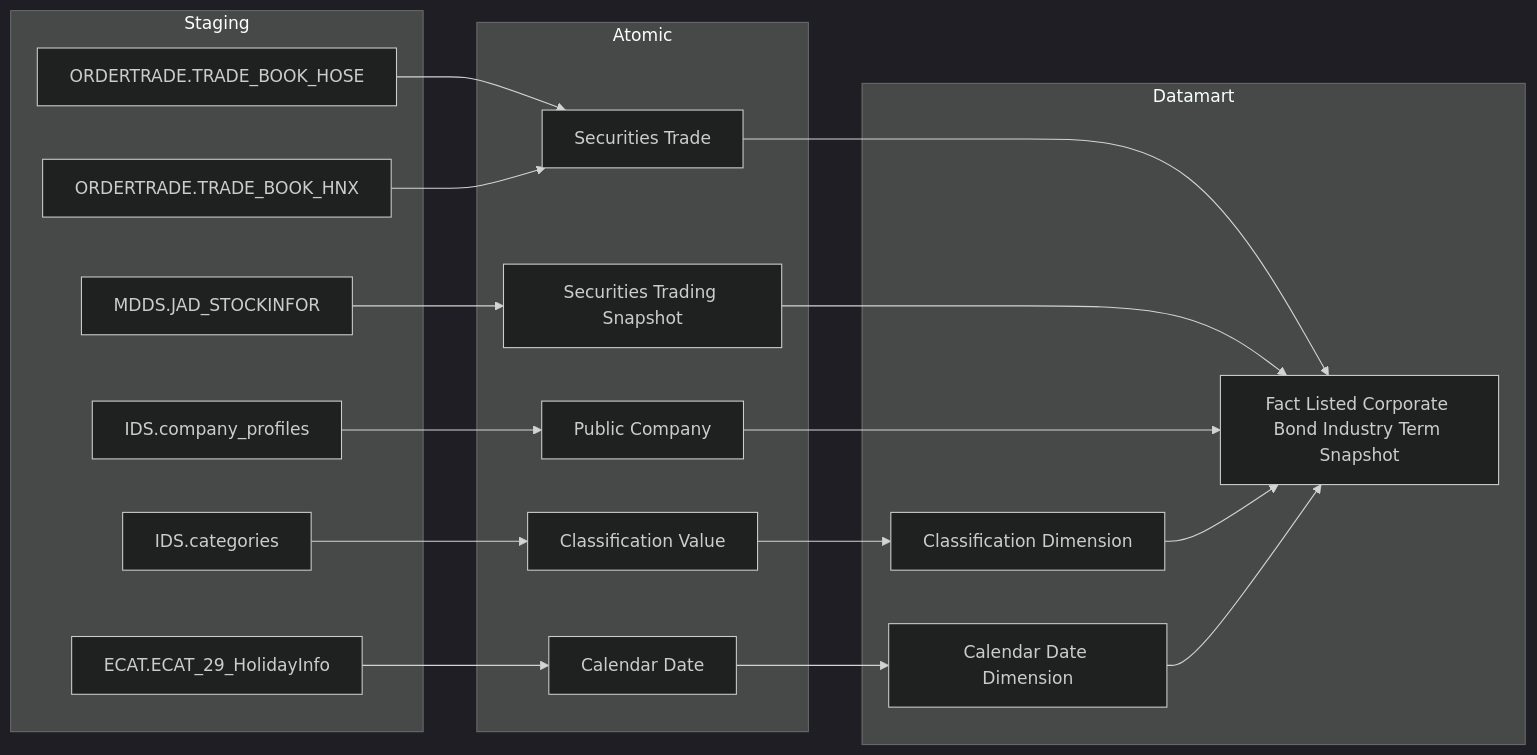
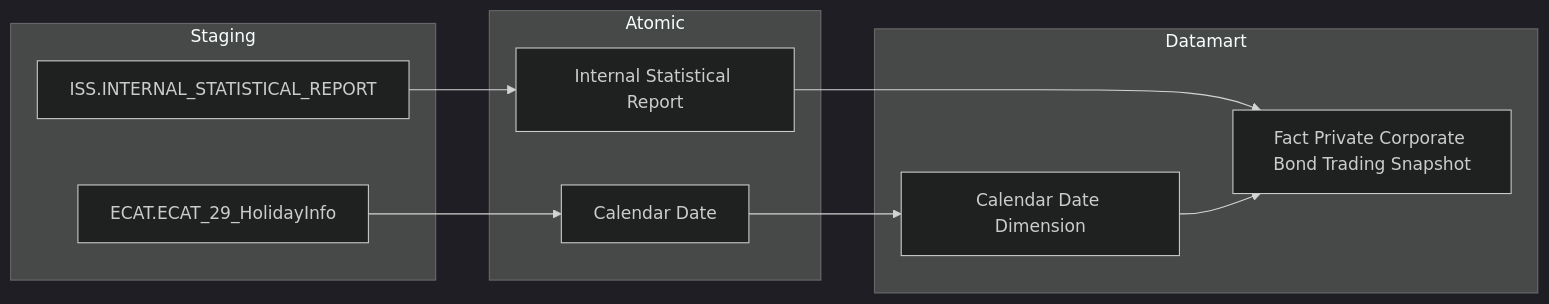
Before and after one commit to linhlvit/ubck_atomic_design: the fifth of 40 diagrams in Datamart/hld/DTM_VP_HLD.md, drawn with Mermaid (dark theme). The commit also changed other lines of this file and 25 other files, not shown here.

````diff
--- a/Datamart/hld/DTM_VP_HLD.md
+++ b/Datamart/hld/DTM_VP_HLD.md
@@ -126,36 +155,20 @@
 ```mermaid
 flowchart LR
     subgraph SRC["Staging"]
-        ORDERTRADE_TRADE_BOOK_HOSE5["ORDERTRADE.TRADE_BOOK_HOSE"]
-        ORDERTRADE_TRADE_BOOK_HNX5["ORDERTRADE.TRADE_BOOK_HNX"]
-        MDDS_JAD_STOCKINFOR5["MDDS.JAD_STOCKINFOR"]
-        IDS_COMPANY_PROFILES5["IDS.company_profiles"]
-        IDS_CATEGORIES5["IDS.categories"]
-        ECAT_ECAT_29_HolidayInfo5["ECAT.ECAT_29_HolidayInfo"]
+        ISS_INTERNAL_STATISTICAL_REPORT["ISS.INTERNAL_STATISTICAL_REPORT"]
+        ECAT_ECAT_29_HolidayInfo["ECAT.ECAT_29_HolidayInfo"]
     end
     subgraph SIL["Atomic"]
-        Securities_Trade5["Securities Trade"]
-        Securities_Trading_Snapshot5["Securities Trading Snapshot"]
-        Public_Company5["Public Company"]
-        Classification_Value5["Classification Value"]
-        Calendar_Date5["Calendar Date"]
+        Internal_Statistical_Report["Internal Statistical Report"]
+        Calendar_Date["Calendar Date"]
     end
     subgraph GOLD["Datamart"]
-        fct_lst_crp_bnd_indy_trm_snpst["Fact Listed Corporate Bond Industry Term Snapshot"]
-        cl_dim5["Classification Dimension"]
-        cdr_dt_dim5["Calendar Date Dimension"]
+        Calendar_Date_Dimension["Calendar Date Dimension"]
+        Fact_Private_Corporate_Bond_Trading_Snapshot["Fact Private Corporate Bond Trading Snapshot"]
     end
-    ORDERTRADE_TRADE_BOOK_HOSE5 --> Securities_Trade5
-    ORDERTRADE_TRADE_BOOK_HNX5 --> Securities_Trade5
-    MDDS_JAD_STOCKINFOR5 --> Securities_Trading_Snapshot5
-    IDS_COMPANY_PROFILES5 --> Public_Company5
-    IDS_CATEGORIES5 --> Classification_Value5
-    ECAT_ECAT_29_HolidayInfo5 --> Calendar_Date5
-    Securities_Trade5 --> fct_lst_crp_bnd_indy_trm_snpst
-    Securities_Trading_Snapshot5 --> fct_lst_crp_bnd_indy_trm_snpst
-    Public_Company5 --> fct_lst_crp_bnd_indy_trm_snpst
-    Classification_Value5 --> cl_dim5
-    Calendar_Date5 --> cdr_dt_dim5
-    cl_dim5 --> fct_lst_crp_bnd_indy_trm_snpst
-    cdr_dt_dim5 --> fct_lst_crp_bnd_indy_trm_snpst
+    ISS_INTERNAL_STATISTICAL_REPORT --> Internal_Statistical_Report
+    ECAT_ECAT_29_HolidayInfo --> Calendar_Date
+    Internal_Statistical_Report --> Fact_Private_Corporate_Bond_Trading_Snapshot
+    Calendar_Date --> Calendar_Date_Dimension
+    Calendar_Date_Dimension --> Fact_Private_Corporate_Bond_Trading_Snapshot
 ```
````
